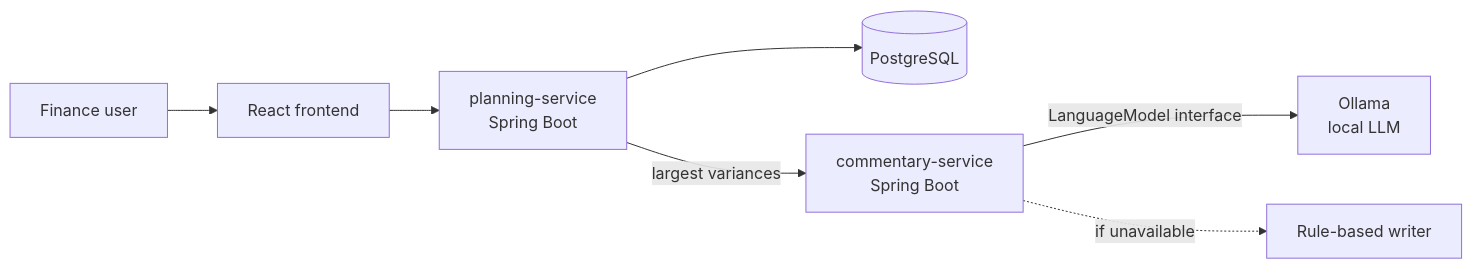
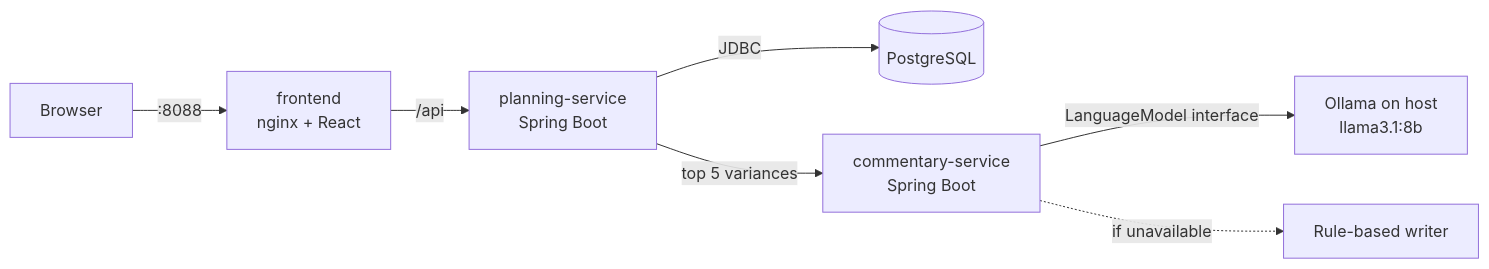
Before and after one commit to YoussefElshafei/driverline: the diagram in README.md, drawn with Mermaid. The commit also changed other lines of this file and 25 other files, not shown here.

````diff
--- a/README.md
+++ b/README.md
@@ -43,9 +50,9 @@
 ```mermaid
 flowchart LR
-    user[Finance user] --> frontend[React frontend]
-    frontend --> planning[planning-service<br/>Spring Boot]
-    planning --> db[(PostgreSQL)]
-    planning -->|largest variances| commentary[commentary-service<br/>Spring Boot]
-    commentary -->|LanguageModel interface| llm[Ollama<br/>local LLM]
+    user[Browser] -->|:8088| nginx[frontend<br/>nginx + React]
+    nginx -->|/api| planning[planning-service<br/>Spring Boot]
+    planning -->|JDBC| db[(PostgreSQL)]
+    planning -->|top 5 variances| commentary[commentary-service<br/>Spring Boot]
+    commentary -->|LanguageModel interface| ollama[Ollama on host<br/>llama3.1:8b]
     commentary -.->|if unavailable| rules[Rule-based writer]
 ```
````
